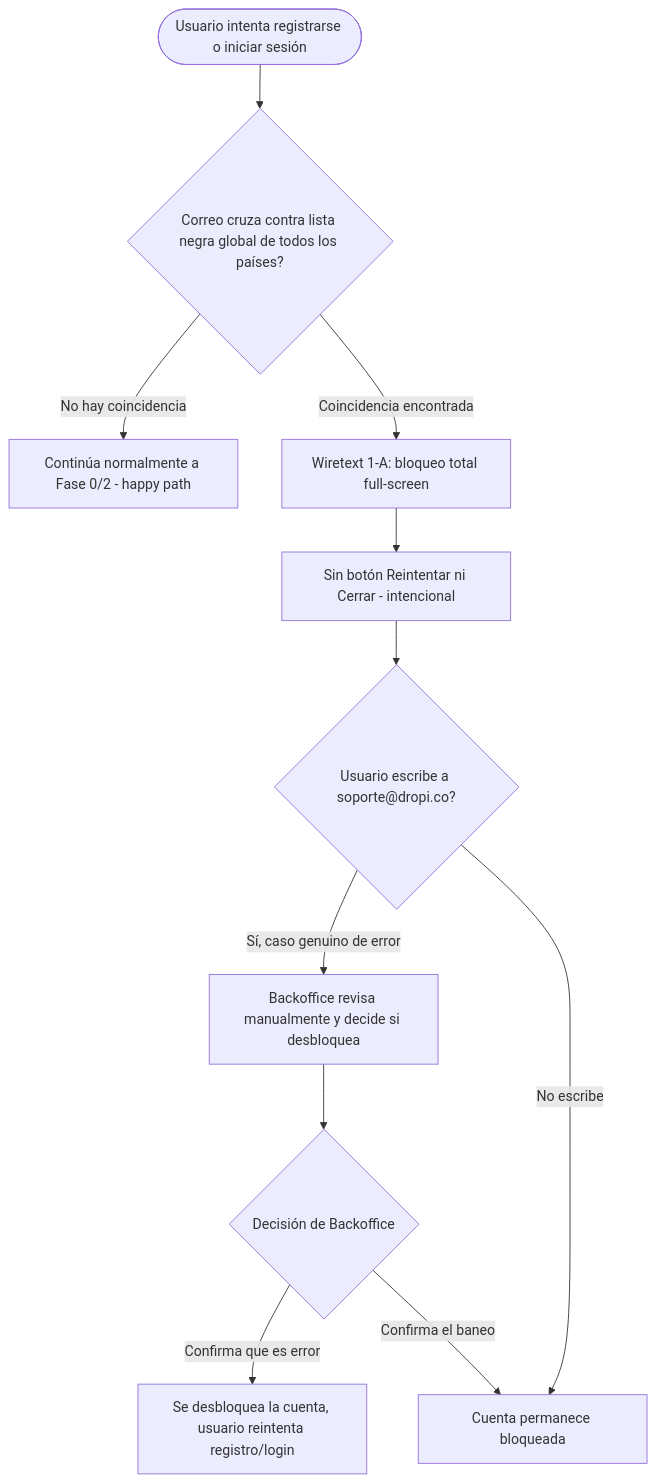
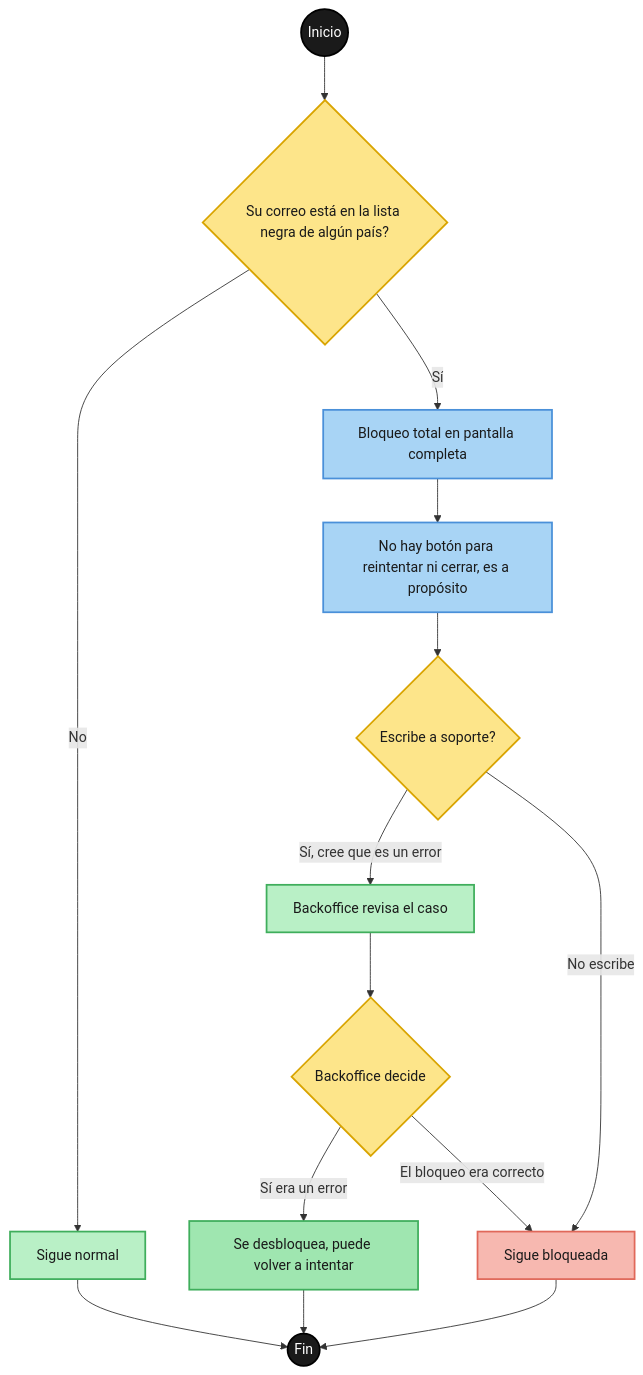
One commit to catalinagiraldo-gif/validacion-identidad changed the fourth of 8 diagrams in docs/validacion/Plan2.md. Above: the diagram before and after it, drawn with Mermaid. The commit also changed other lines of this file, not shown here.

Commit message:
code mermaid

````diff
--- a/docs/validacion/Plan2.md
+++ b/docs/validacion/Plan2.md
@@ -331,13 +375,30 @@
 ```mermaid
 flowchart TD
-    START([Usuario intenta registrarse o iniciar sesión]) --> CHECK{Correo cruza contra lista negra global de todos los países?}
-    CHECK -->|No hay coincidencia| CONTINUE[Continúa normalmente a Fase 0/2 - happy path]
-    CHECK -->|Coincidencia encontrada| BLOCK[Wiretext 1-A: bloqueo total full-screen]
-    BLOCK --> NORETRY[Sin botón Reintentar ni Cerrar - intencional]
-    NORETRY --> SUPPORT{Usuario escribe a soporte@dropi.co?}
-    SUPPORT -->|Sí, caso genuino de error| MANUAL[Backoffice revisa manualmente y decide si desbloquea]
-    MANUAL --> MANUALRESULT{Decisión de Backoffice}
-    MANUALRESULT -->|Confirma que es error| UNLOCK[Se desbloquea la cuenta, usuario reintenta registro/login]
-    MANUALRESULT -->|Confirma el baneo| STUCK[Cuenta permanece bloqueada]
+    classDef inicioFin fill:#1a1a1a,stroke:#000000,color:#ffffff,stroke-width:2px
+    classDef pantalla fill:#b9f0c6,stroke:#3fae5c,color:#1a1a1a,stroke-width:2px
+    classDef decision fill:#fde58a,stroke:#d9a400,color:#1a1a1a,stroke-width:2px
+    classDef si fill:#9fe6b0,stroke:#3fae5c,color:#1a1a1a,stroke-width:2px
+    classDef no fill:#f7b8b0,stroke:#e0685a,color:#1a1a1a,stroke-width:2px
+    classDef modal fill:#a8d4f5,stroke:#4a90d9,color:#1a1a1a,stroke-width:2px
+
+    START((Inicio)) --> CHECK{Su correo está en la lista negra de algún país?}
+    CHECK -->|No| CONTINUE[Sigue normal]
+    CHECK -->|Sí| BLOCK[Bloqueo total en pantalla completa]
+    BLOCK --> NORETRY[No hay botón para reintentar ni cerrar, es a propósito]
+    NORETRY --> SUPPORT{Escribe a soporte?}
+    SUPPORT -->|Sí, cree que es un error| MANUAL[Backoffice revisa el caso]
+    MANUAL --> MANUALRESULT{Backoffice decide}
+    MANUALRESULT -->|Sí era un error| UNLOCK[Se desbloquea, puede volver a intentar]
+    MANUALRESULT -->|El bloqueo era correcto| STUCK[Sigue bloqueada]
     SUPPORT -->|No escribe| STUCK
+    CONTINUE --> FIN((Fin))
+    UNLOCK --> FIN
+    STUCK --> FIN
+
+    class START,FIN inicioFin
+    class CHECK,SUPPORT,MANUALRESULT decision
+    class CONTINUE,MANUAL pantalla
+    class BLOCK,NORETRY modal
+    class UNLOCK si
+    class STUCK no
 ```
````
